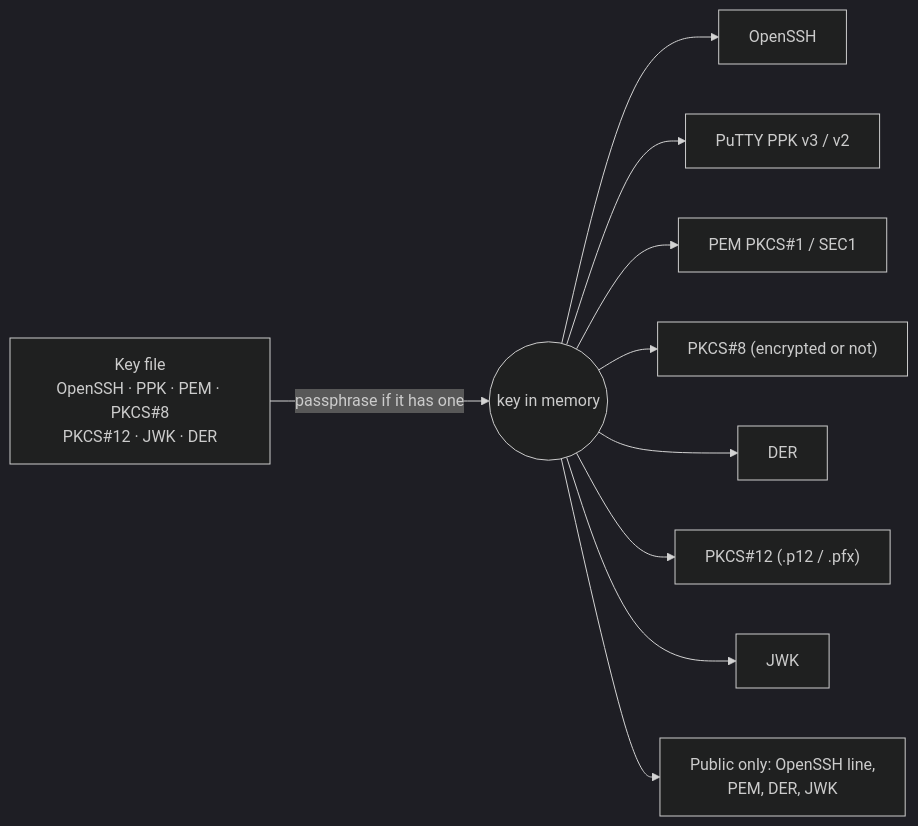
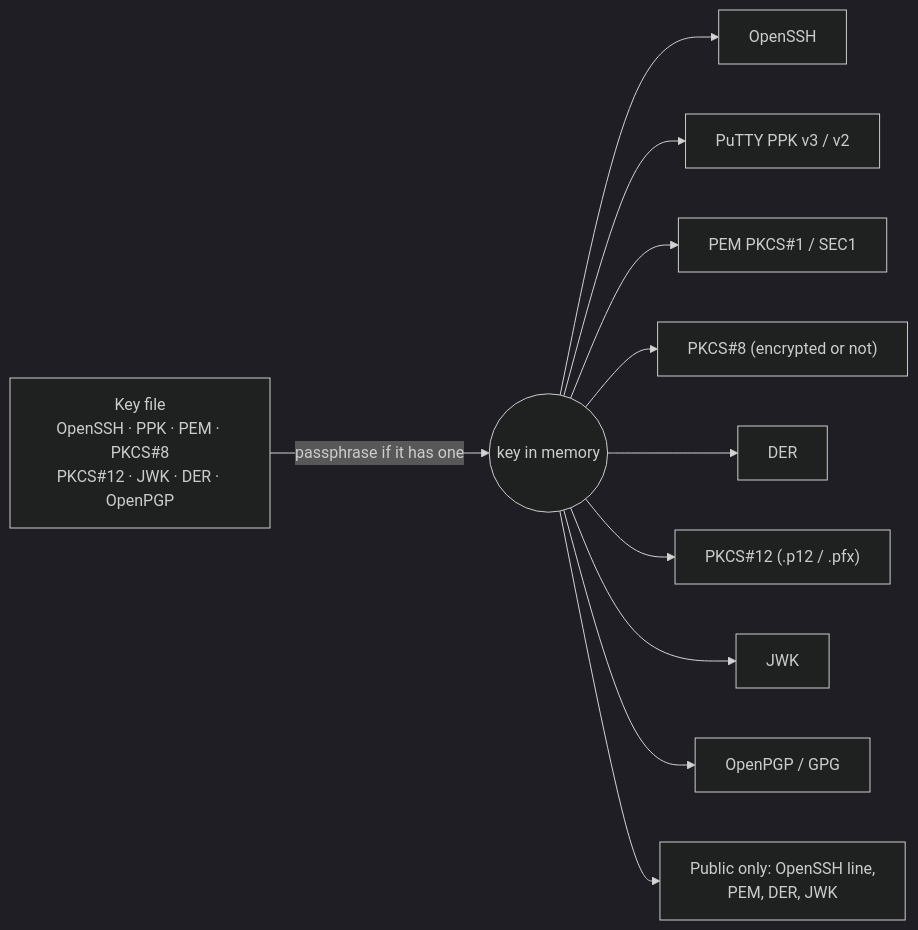
One commit to yohannaftali/telepad changed the fifth of 5 diagrams in docs/USER_MANUAL.md. Above: the diagram before and after it, drawn with Mermaid (dark theme). The commit also changed other lines of this file and 8 other files, not shown here.

First line of the commit message:
feat(keys): OpenPGP export and import in My keys (#107)

````diff
--- a/docs/USER_MANUAL.md
+++ b/docs/USER_MANUAL.md
@@ -932,12 +932,13 @@
 ```mermaid
 flowchart LR
-    src["Key file<br/>OpenSSH · PPK · PEM · PKCS#8<br/>PKCS#12 · JWK · DER"] -->|passphrase if it has one| key(("key in memory"))
+    src["Key file<br/>OpenSSH · PPK · PEM · PKCS#8<br/>PKCS#12 · JWK · DER · OpenPGP"] -->|passphrase if it has one| key(("key in memory"))
     key --> o["OpenSSH"]
     key --> p["PuTTY PPK v3 / v2"]
     key --> pem["PEM PKCS#1 / SEC1"]
     key --> p8["PKCS#8 (encrypted or not)"]
     key --> der["DER"]
     key --> p12["PKCS#12 (.p12 / .pfx)"]
     key --> jwk["JWK"]
+    key --> pgp["OpenPGP / GPG"]
     key --> pub["Public only: OpenSSH line,<br/>PEM, DER, JWK"]
 ```
````
